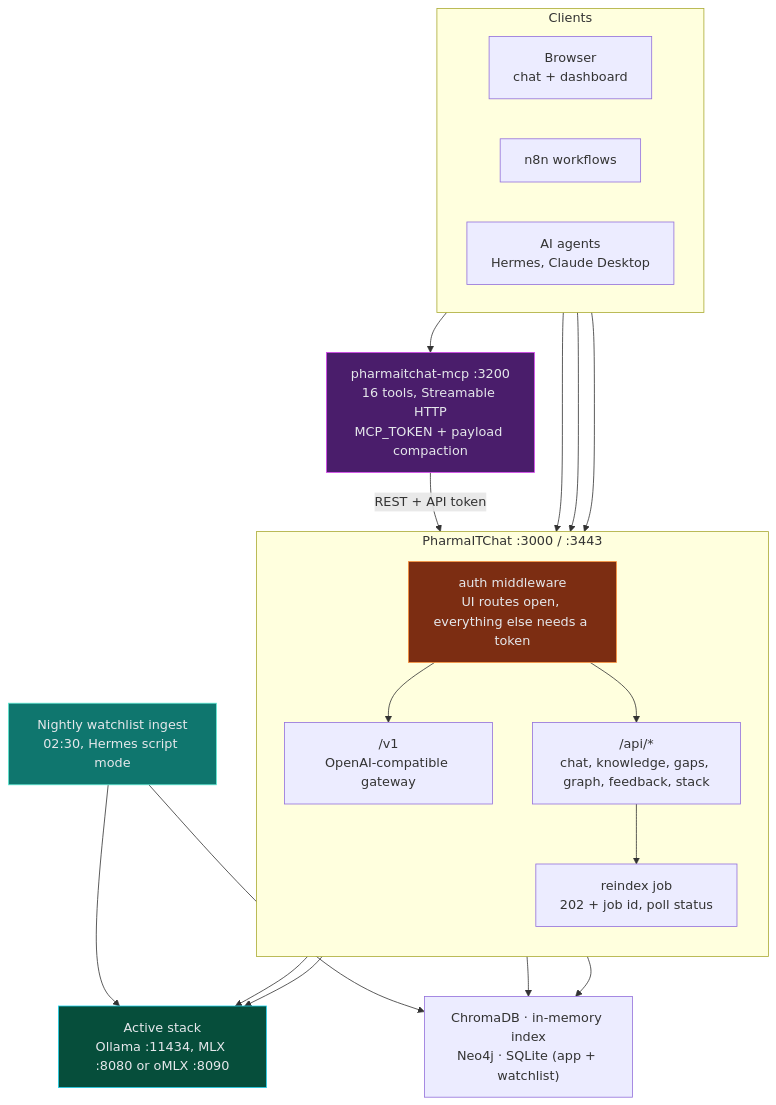
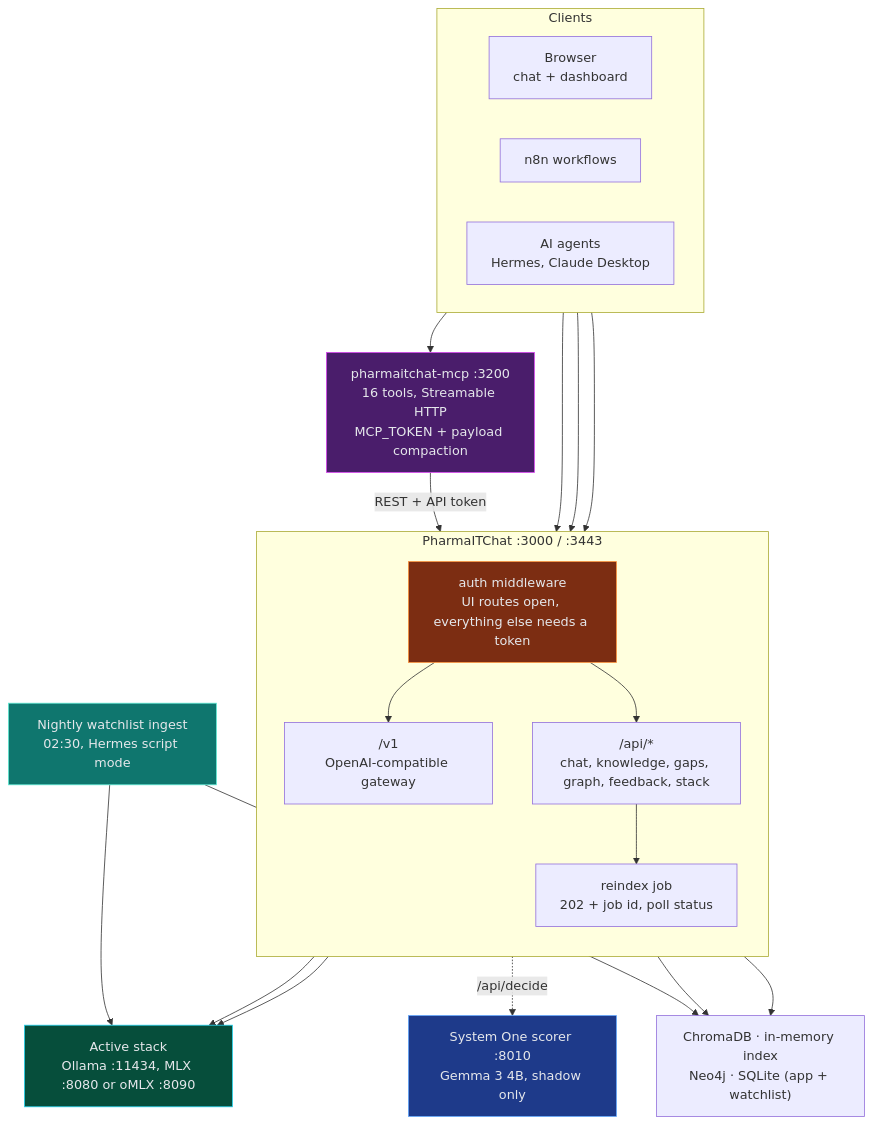
Before and after one commit to sebdallais-git/PharmaIT_Chat_and_Digest: the fifth of 5 diagrams in README.md, drawn with Mermaid. The commit also changed other lines of this file and 1 other file, not shown here.

First line of the commit message:
docs: refresh README for the System One scorer, web search and autostart

````diff
--- a/README.md
+++ b/README.md
@@ -641,43 +664,46 @@
 ```mermaid
 flowchart TB
     subgraph CL["Clients"]
         direction LR
         B["Browser<br/>chat + dashboard"]
         N["n8n workflows"]
         AG["AI agents<br/>Hermes, Claude Desktop"]
     end
 
     MCP["pharmaitchat-mcp :3200<br/>16 tools, Streamable HTTP<br/>MCP_TOKEN + payload compaction"]
 
     subgraph APP["PharmaITChat :3000 / :3443"]
         direction TB
         AUTH["auth middleware<br/>UI routes open, everything else needs a token"]
         V1["/v1<br/>OpenAI-compatible gateway"]
         API["/api/*<br/>chat, knowledge, gaps, graph, feedback, stack"]
         RJ["reindex job<br/>202 + job id, poll status"]
     end
 
     CRON["Nightly watchlist ingest<br/>02:30, Hermes script mode"]
     STACK["Active stack<br/>Ollama :11434, MLX :8080 or oMLX :8090"]
+    JEV["System One scorer :8010<br/>Gemma 3 4B, shadow only"]
     DATA["ChromaDB · in-memory index<br/>Neo4j · SQLite (app + watchlist)"]
 
     B --> AUTH
     N --> AUTH
     AG --> MCP
     AG --> AUTH
     MCP -- "REST + API token" --> AUTH
     AUTH --> V1
     AUTH --> API
     API --> RJ
     V1 --> STACK
     API --> STACK
+    API -. "/api/decide" .-> JEV
     API --> DATA
     RJ --> DATA
     CRON --> STACK
     CRON --> DATA
 
     style AUTH fill:#7c2d12,stroke:#fb923c,color:#e5e7eb
     style MCP fill:#4a1d6b,stroke:#d946ef,color:#e5e7eb
     style STACK fill:#064e3b,stroke:#22d3ee,color:#e5e7eb
     style CRON fill:#0f766e,stroke:#5eead4,color:#e5e7eb
+    style JEV fill:#1e3a8a,stroke:#60a5fa,color:#e5e7eb
 ```
````
